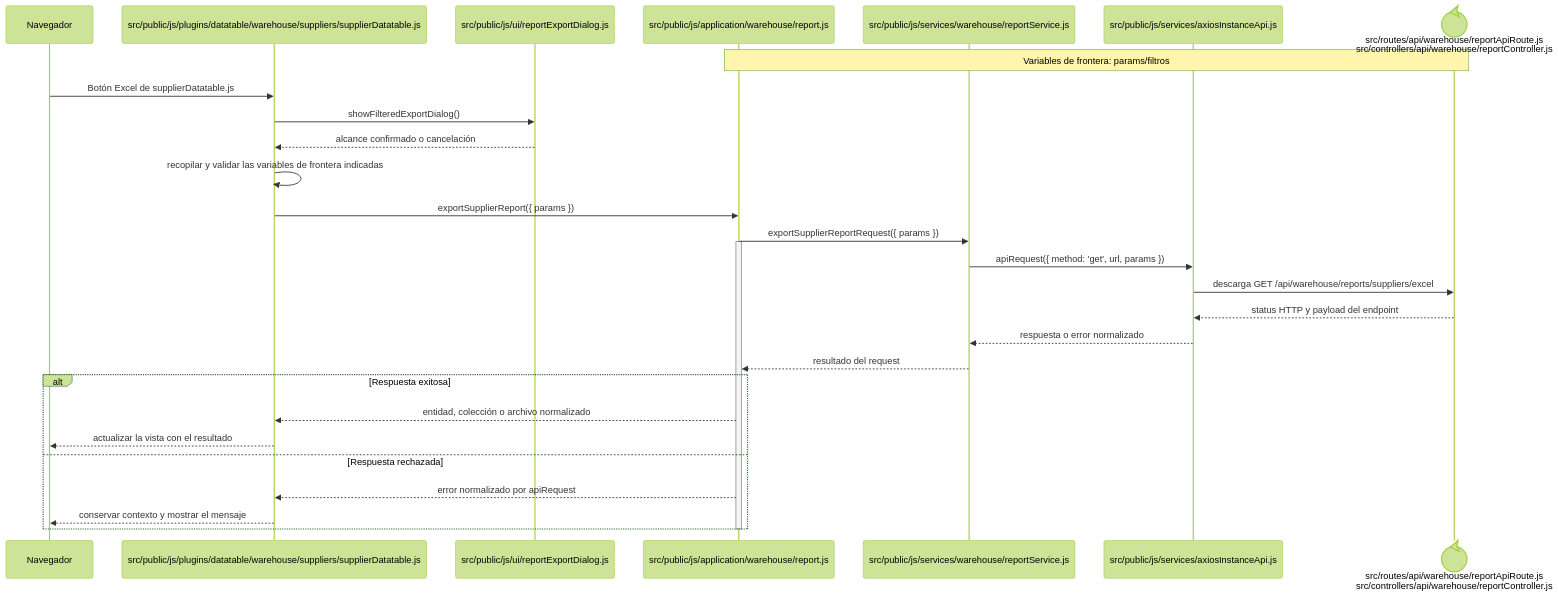
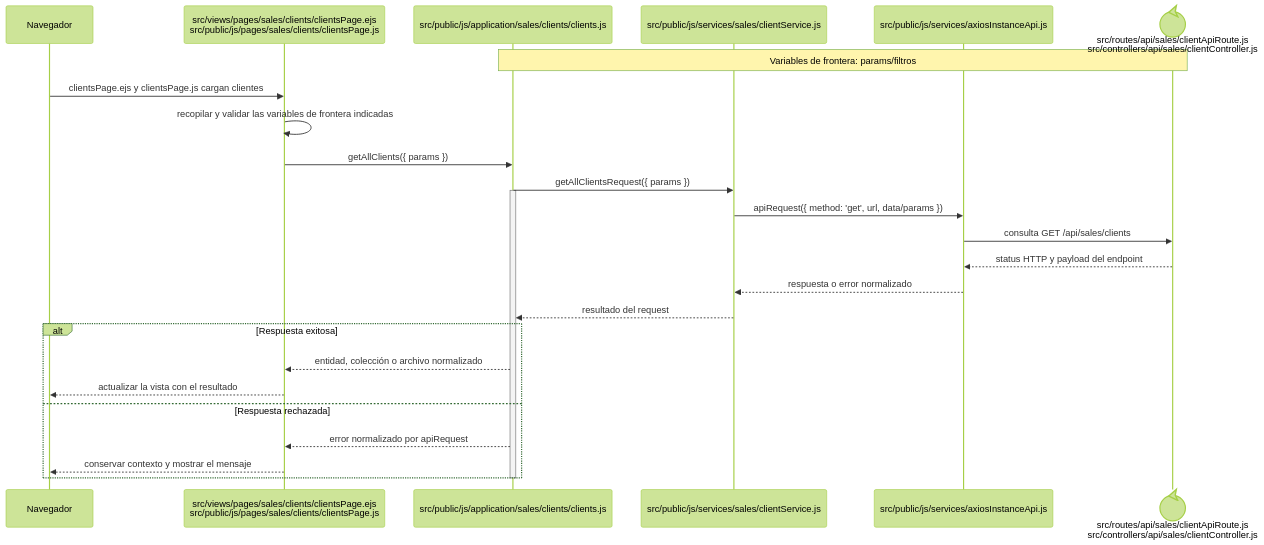
The diagram in docs/architecture/frontend-code-sequences/catalogs/cu-cat-14.md (gpgsistemas01/nexus), drawn with Mermaid (forest theme) before and after one commit. The commit also changed other lines of this file and 207 other files, not shown here.

````diff
--- a/docs/architecture/frontend-code-sequences/catalogs/cu-cat-14.md
+++ b/docs/architecture/frontend-code-sequences/catalogs/cu-cat-14.md
@@ -6,32 +6,29 @@
 ```mermaid
 sequenceDiagram
     participant Browser as Navegador
-    participant View as src/public/js/plugins/datatable/warehouse/suppliers/supplierDatatable.js
-    participant Dialog as src/public/js/ui/reportExportDialog.js
-    participant Application as src/public/js/application/warehouse/report.js
-    participant Request as src/public/js/services/warehouse/reportService.js
+    participant View as src/views/pages/sales/clients/clientsPage.ejs<br/>src/public/js/pages/sales/clients/clientsPage.js
+    participant Application as src/public/js/application/sales/clients/clients.js
+    participant Request as src/public/js/services/sales/clientService.js
     participant HTTP as src/public/js/services/axiosInstanceApi.js
-    participant Transport@{ "type": "control" } as src/routes/api/warehouse/reportApiRoute.js<br/>src/controllers/api/warehouse/reportController.js
+    participant Transport@{ "type": "control" } as src/routes/api/sales/clientApiRoute.js<br/>src/controllers/api/sales/clientController.js
     Note over Application,Transport: Variables de frontera: params/filtros
 
-    Browser->>View: Botón Excel de supplierDatatable.js
-    View->>Dialog: showFilteredExportDialog()
-    Dialog-->>View: alcance confirmado o cancelación
+    Browser->>View: clientsPage.ejs y clientsPage.js cargan clientes
     View->>View: recopilar y validar las variables de frontera indicadas
-    View->>Application: exportSupplierReport({ params })
-    Application->>Request: exportSupplierReportRequest({ params })
+    View->>Application: getAllClients({ params })
+    Application->>Request: getAllClientsRequest({ params })
     activate Application
-    Request->>HTTP: apiRequest({ method: 'get', url, params })
-    HTTP->>Transport: descarga GET /api/warehouse/reports/suppliers/excel
+    Request->>HTTP: apiRequest({ method: 'get', url, data/params })
+    HTTP->>Transport: consulta GET /api/sales/clients
     Transport-->>HTTP: status HTTP y payload del endpoint
     HTTP-->>Request: respuesta o error normalizado
     Request-->>Application: resultado del request
     alt Respuesta exitosa
         Application-->>View: entidad, colección o archivo normalizado
         View-->>Browser: actualizar la vista con el resultado
     else Respuesta rechazada
         Application-->>View: error normalizado por apiRequest
         View-->>Browser: conservar contexto y mostrar el mensaje
     end
     deactivate Application
 ```
````
